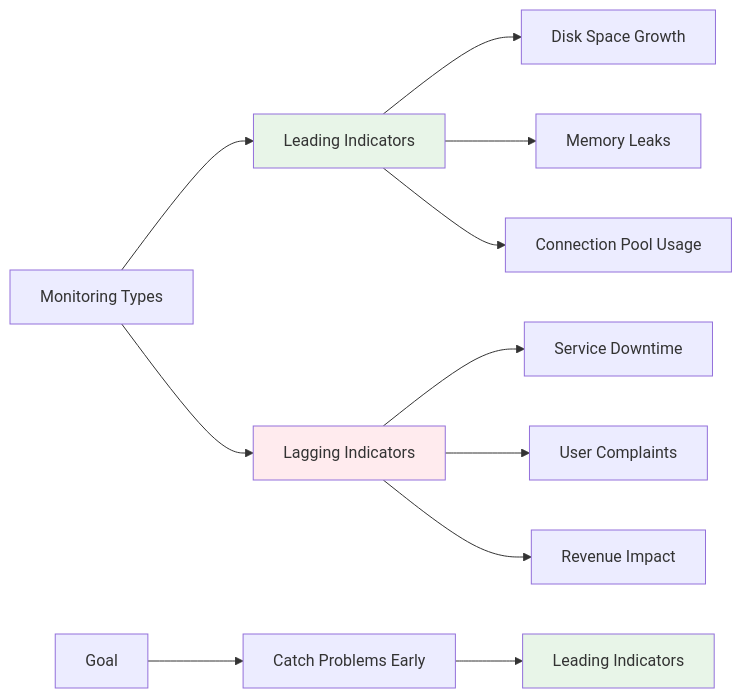
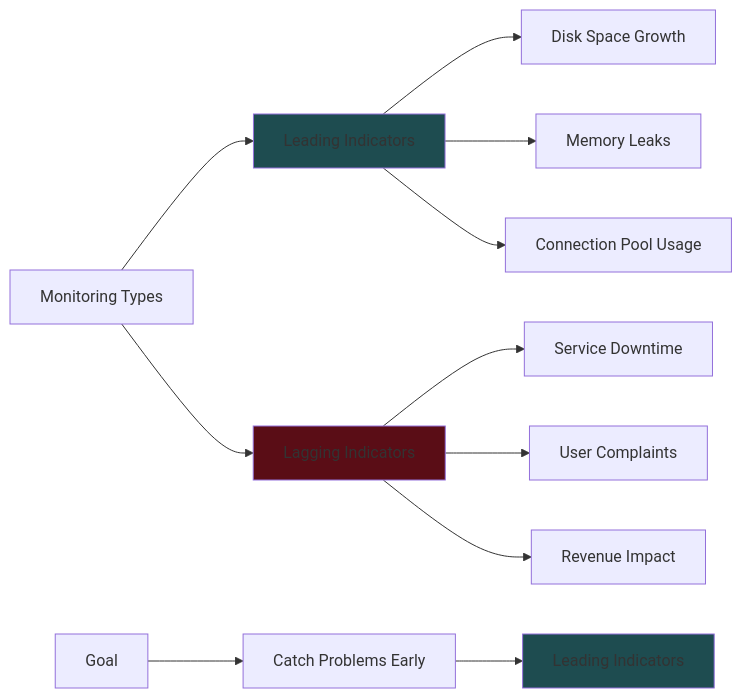
Diagram 17 of 21 in fundamentals/core_concepts.md (ahmedrzakhan/system-design-notes), drawn with Mermaid before and after one commit. The commit also changed other lines of this file, not shown here.

````diff
--- a/fundamentals/core_concepts.md
+++ b/fundamentals/core_concepts.md
@@ -464,20 +464,20 @@
 ```mermaid
 flowchart LR
     A[Monitoring Types] --> B[Leading Indicators]
     A --> C[Lagging Indicators]
 
     B --> B1[Disk Space Growth]
     B --> B2[Memory Leaks]
     B --> B3[Connection Pool Usage]
 
     C --> C1[Service Downtime]
     C --> C2[User Complaints]
     C --> C3[Revenue Impact]
 
     D[Goal] --> E[Catch Problems Early]
     E --> F[Leading Indicators]
 
-    style B fill:#e8f5e8
-    style C fill:#ffebee
-    style F fill:#e8f5e8
+    style B fill:#1E4C50
+    style C fill:#5A0D16
+    style F fill:#1E4C50
 ```
````
